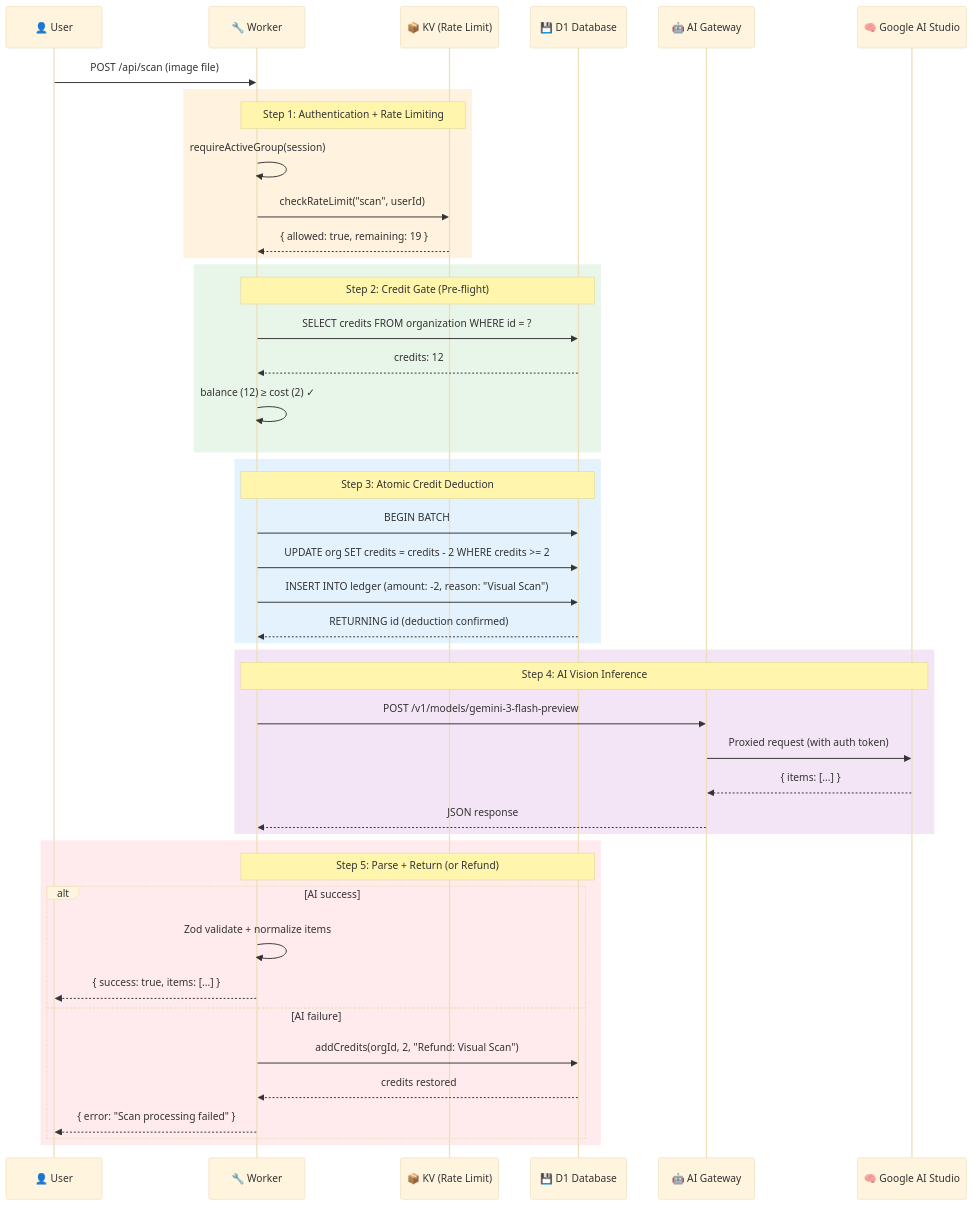
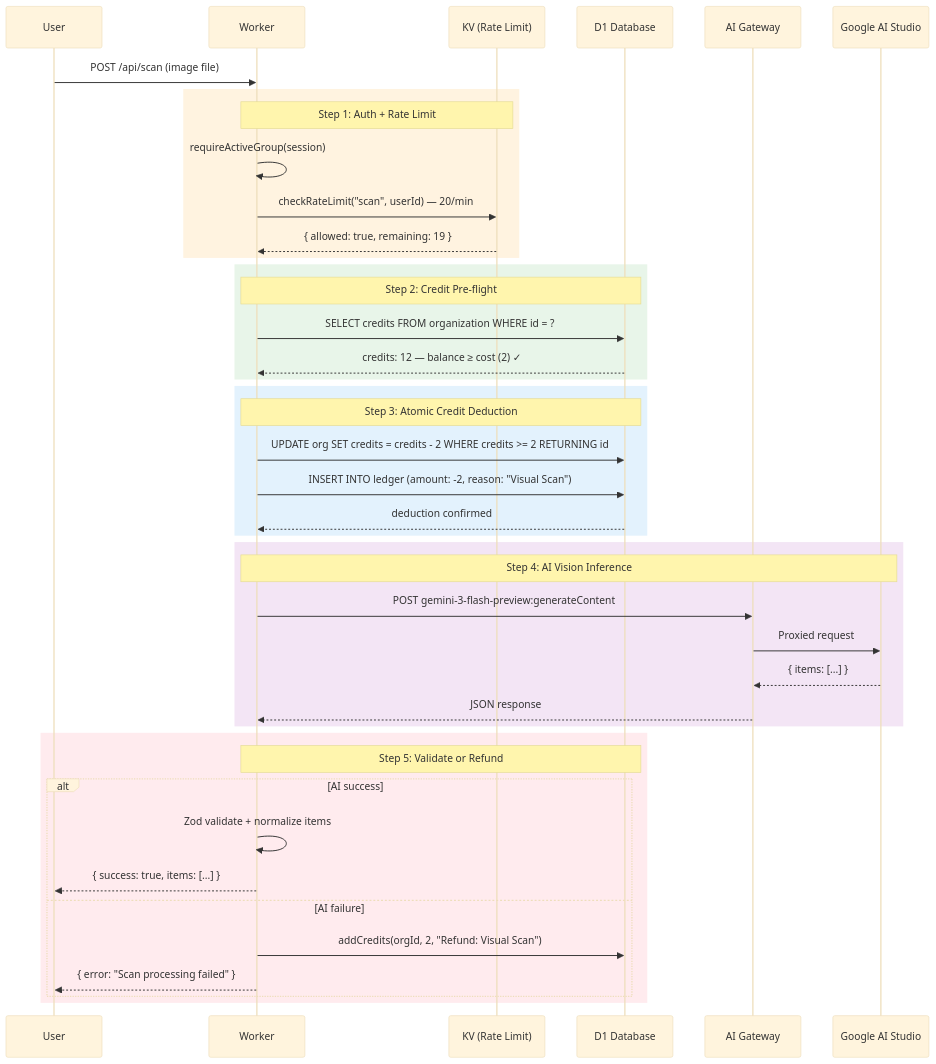
The third of 16 diagrams in README.md (bjamesdowning/ration-mirror), drawn with Mermaid (base theme) before and after one commit. The commit also changed other lines of this file and 1 other file, not shown here.

````diff
--- a/README.md
+++ b/README.md
@@ -198,53 +200,50 @@
 ```mermaid
 sequenceDiagram
-    participant User as 👤 User
-    participant Worker as 🔧 Worker
-    participant KV as 📦 KV (Rate Limit)
-    participant D1 as 💾 D1 Database
-    participant AIGateway as 🤖 AI Gateway
-    participant GoogleAI as 🧠 Google AI Studio
+    participant User as User
+    participant Worker as Worker
+    participant KV as KV (Rate Limit)
+    participant D1 as D1 Database
+    participant AIGateway as AI Gateway
+    participant GoogleAI as Google AI Studio
 
     User->>Worker: POST /api/scan (image file)
 
     rect rgb(255, 243, 224)
-        Note over Worker,KV: Step 1: Authentication + Rate Limiting
+        Note over Worker,KV: Step 1: Auth + Rate Limit
         Worker->>Worker: requireActiveGroup(session)
-        Worker->>KV: checkRateLimit("scan", userId)
+        Worker->>KV: checkRateLimit("scan", userId) — 20/min
         KV-->>Worker: { allowed: true, remaining: 19 }
     end
 
     rect rgb(232, 245, 233)
-        Note over Worker,D1: Step 2: Credit Gate (Pre-flight)
+        Note over Worker,D1: Step 2: Credit Pre-flight
         Worker->>D1: SELECT credits FROM organization WHERE id = ?
-        D1-->>Worker: credits: 12
-        Worker->>Worker: balance (12) ≥ cost (2) ✓
+        D1-->>Worker: credits: 12 — balance ≥ cost (2) ✓
     end
 
     rect rgb(227, 242, 253)
         Note over Worker,D1: Step 3: Atomic Credit Deduction
-        Worker->>D1: BEGIN BATCH
-        Worker->>D1: UPDATE org SET credits = credits - 2 WHERE credits >= 2
+        Worker->>D1: UPDATE org SET credits = credits - 2 WHERE credits >= 2 RETURNING id
         Worker->>D1: INSERT INTO ledger (amount: -2, reason: "Visual Scan")
-        D1-->>Worker: RETURNING id (deduction confirmed)
+        D1-->>Worker: deduction confirmed
     end
 
     rect rgb(243, 229, 245)
         Note over Worker,GoogleAI: Step 4: AI Vision Inference
-        Worker->>AIGateway: POST /v1/models/gemini-3-flash-preview
-        AIGateway->>GoogleAI: Proxied request (with auth token)
+        Worker->>AIGateway: POST gemini-3-flash-preview:generateContent
+        AIGateway->>GoogleAI: Proxied request
         GoogleAI-->>AIGateway: { items: [...] }
         AIGateway-->>Worker: JSON response
     end
 
     rect rgb(255, 235, 238)
-        Note over Worker,D1: Step 5: Parse + Return (or Refund)
+        Note over Worker,D1: Step 5: Validate or Refund
         alt AI success
             Worker->>Worker: Zod validate + normalize items
             Worker-->>User: { success: true, items: [...] }
         else AI failure
             Worker->>D1: addCredits(orgId, 2, "Refund: Visual Scan")
-            D1-->>Worker: credits restored
             Worker-->>User: { error: "Scan processing failed" }
         end
     end
 ```
````
